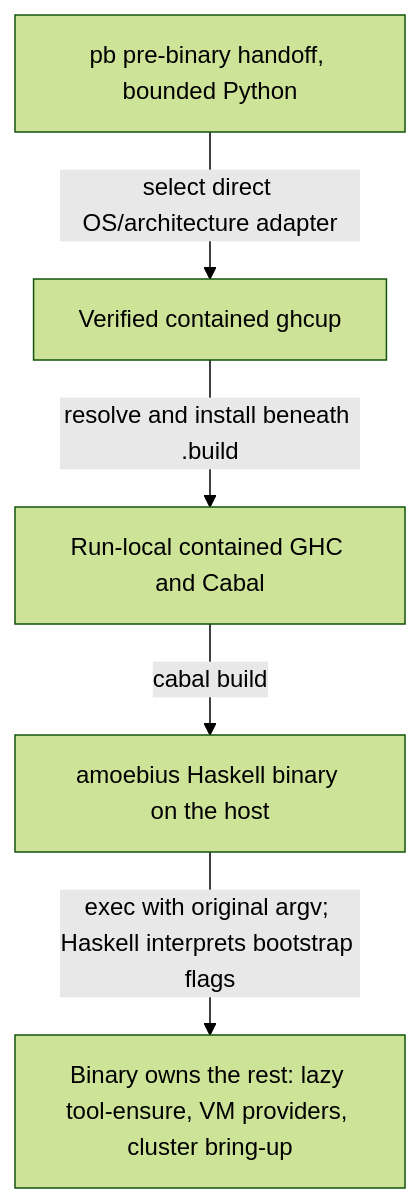
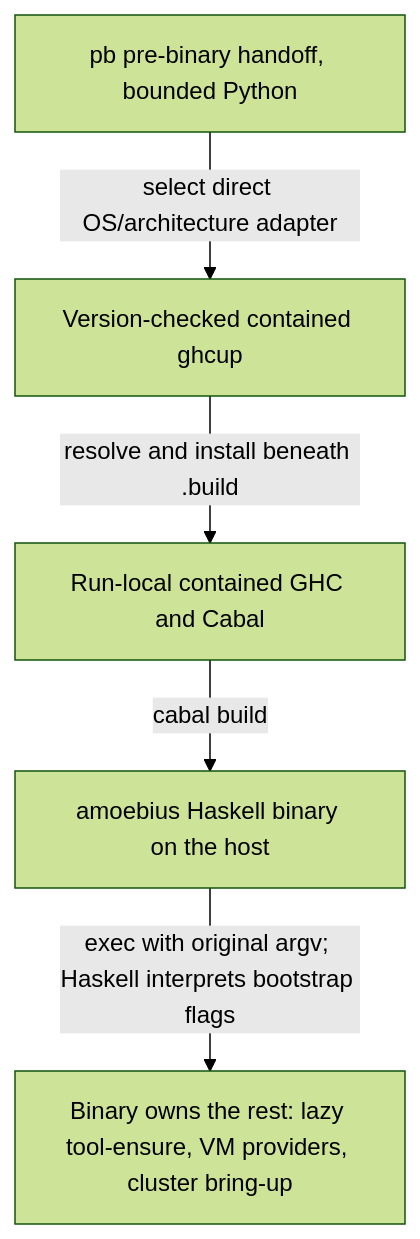
Before and after one commit to Tuee22/amoebius: the third of 3 diagrams in documents/engineering/substrate_doctrine.md, drawn with Mermaid (forest theme). The commit also changed other lines of this file and 669 other files, not shown here.

````diff
--- a/documents/engineering/substrate_doctrine.md
+++ b/documents/engineering/substrate_doctrine.md
@@ -683,8 +701,8 @@
 ```mermaid
 flowchart TD
 %% register: orientation
-  pb[pb pre-binary handoff, bounded Python] -->|select direct OS/architecture adapter| ghcup[Verified contained ghcup]
+  pb[pb pre-binary handoff, bounded Python] -->|select direct OS/architecture adapter| ghcup[Version-checked contained ghcup]
   ghcup -->|resolve and install beneath .build| tc[Run-local contained GHC and Cabal]
   tc -->|cabal build| bin[amoebius Haskell binary on the host]
   bin -->|exec with original argv; Haskell interprets bootstrap flags| handoff[Binary owns the rest: lazy tool-ensure, VM providers, cluster bring-up]
 ```
````
